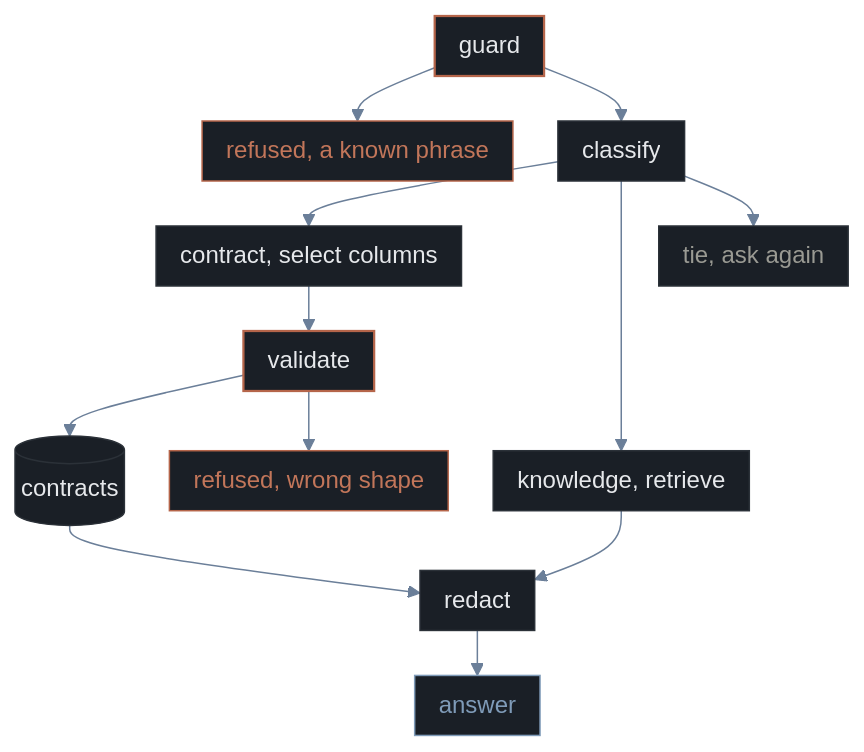
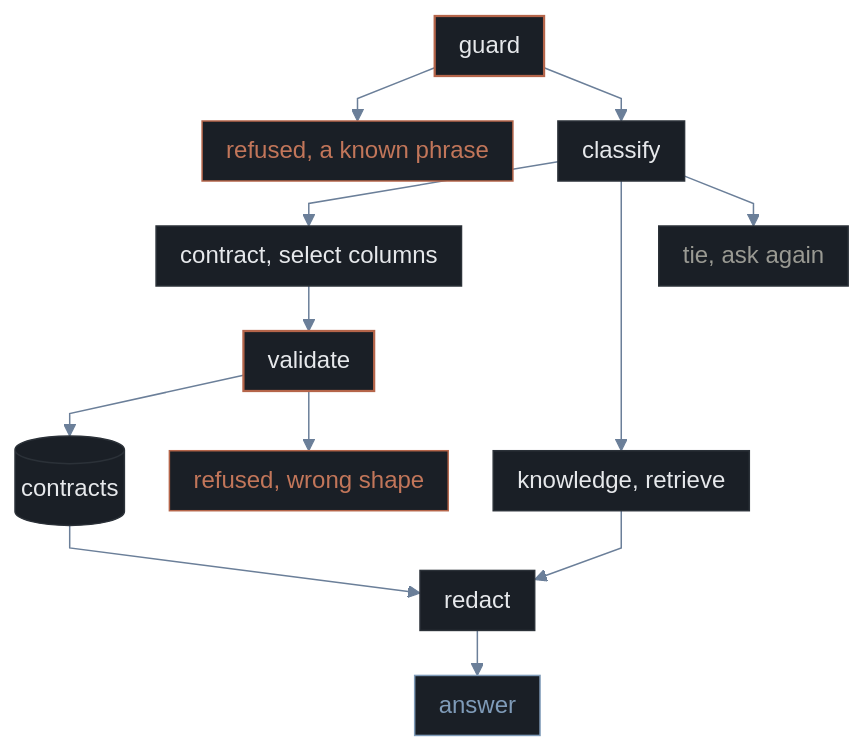
One commit to jameswniu/multi-intent-ai-chatbot-assistant changed the diagram in README.md. Above: the diagram before and after it, drawn with Mermaid.

Commit message:
Draw the flowchart edges straight, as the golden repos do

````diff
--- a/README.md
+++ b/README.md
@@ -133,21 +133,21 @@
 ```mermaid
-%%{init: {'theme': 'base', 'flowchart': {'curve': 'basis', 'nodeSpacing': 30, 'rankSpacing': 30, 'padding': 8}, 'themeVariables': {'primaryColor': '#1a1f26', 'primaryTextColor': '#e6e8eb', 'primaryBorderColor': '#2b3138', 'lineColor': '#6b7f99', 'fontSize': '16px'}}}%%
+%%{init: {'theme': 'base', 'flowchart': {'curve': 'linear', 'nodeSpacing': 30, 'rankSpacing': 30, 'padding': 8}, 'themeVariables': {'primaryColor': '#1a1f26', 'primaryTextColor': '#e6e8eb', 'primaryBorderColor': '#2b3138', 'lineColor': '#6b7f99', 'fontSize': '16px'}}}%%
 flowchart TD
     G[guard] --> R1[refused, a known phrase]
     G --> C[classify]
     C --> S[contract, select columns]
     C --> F[knowledge, retrieve]
     C --> A[tie, ask again]
     S --> V[validate]
     V --> D[(contracts)]
     V --> R2[refused, wrong shape]
     D --> P[redact]
     F --> P
     P --> O[answer]
     style G stroke:#b5654a,stroke-width:1.5px
     style V stroke:#b5654a,stroke-width:1.5px
     style R1 stroke:#b5654a,color:#c2765a
     style R2 stroke:#b5654a,color:#c2765a
     style A color:#9a9a93
     style O stroke:#7f9bb8,color:#7f9bb8
 ```
````
